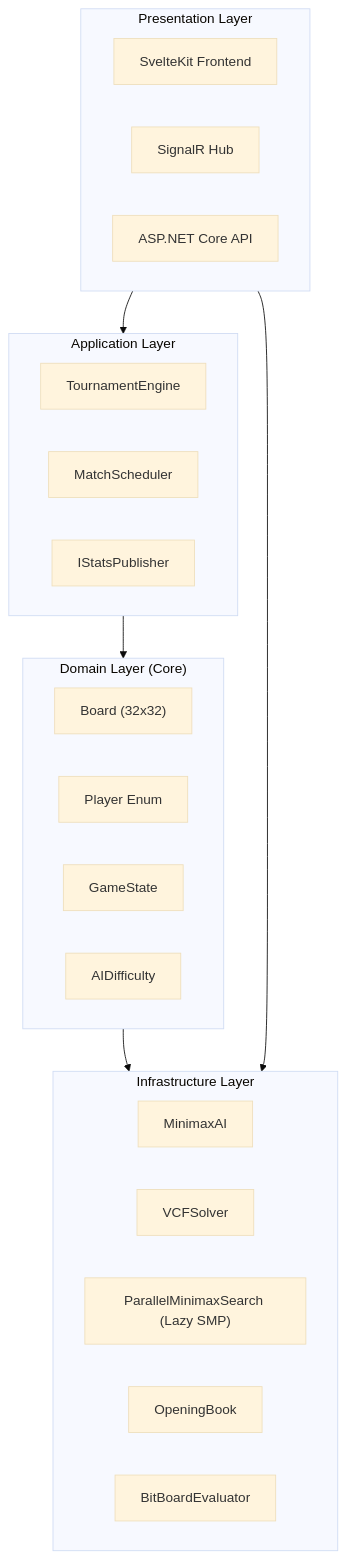
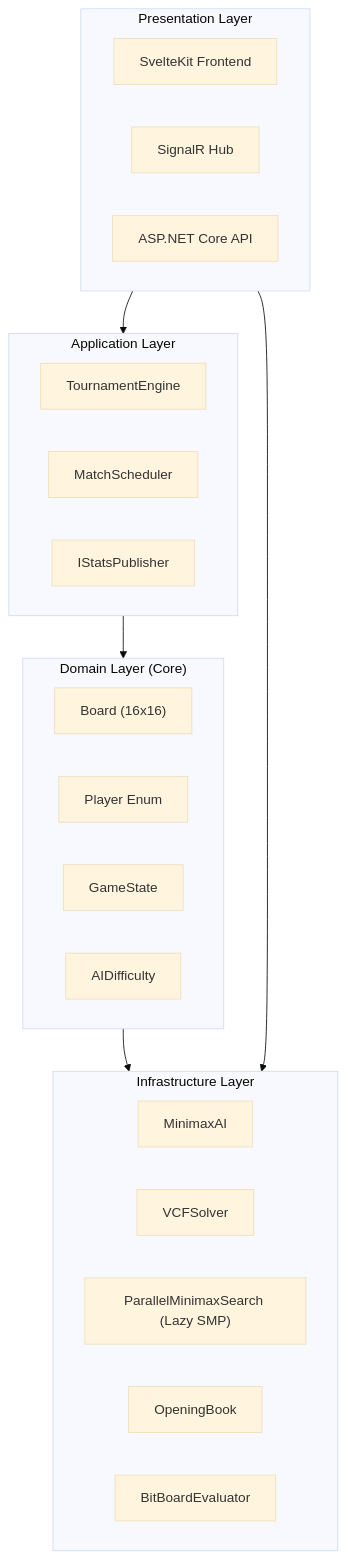
One commit to lavantien/caro-ai-pvp changed the diagram in README.md. Above: the diagram before and after it, drawn with Mermaid (base theme). The commit also changed other lines of this file and 3 other files, not shown here.

````diff
--- a/README.md
+++ b/README.md
@@ -301,34 +301,34 @@
 ```mermaid
 graph TB
     subgraph Presentation["Presentation Layer"]
         SvelteKit["SvelteKit Frontend"]
         SignalR["SignalR Hub"]
         API["ASP.NET Core API"]
     end
 
     subgraph Application["Application Layer"]
         TournamentEngine["TournamentEngine"]
         MatchScheduler["MatchScheduler"]
         StatsPublisher["IStatsPublisher"]
     end
 
     subgraph Domain["Domain Layer (Core)"]
-        Board["Board (32x32)"]
+        Board["Board (16x16)"]
         Player["Player Enum"]
         GameState["GameState"]
         AIDifficulty["AIDifficulty"]
     end
 
     subgraph Infrastructure["Infrastructure Layer"]
         MinimaxAI["MinimaxAI"]
         VCFSolver["VCFSolver"]
         ParallelSearch["ParallelMinimaxSearch (Lazy SMP)"]
         OpeningBook["OpeningBook"]
         Evaluator["BitBoardEvaluator"]
     end
 
     Presentation --> Application
     Application --> Domain
     Domain --> Infrastructure
     Presentation --> Infrastructure
 ```
````
